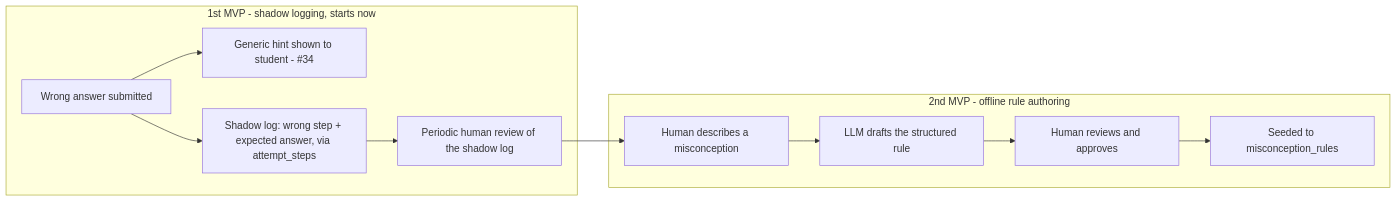
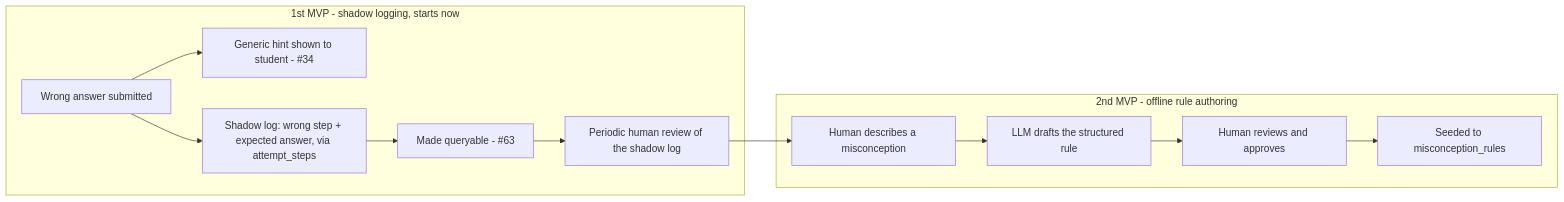
One commit to Alan-aiaction/math-tutor-mvp changed the third of 3 diagrams in docs/architecture/proposal_misconception_rule_format.md. Above: the diagram before and after it, drawn with Mermaid. The commit also changed other lines of this file and 1 other file, not shown here.

First line of the commit message:
Cross-reference new ticket #63 for shadow-log queryability

````diff
--- a/docs/architecture/proposal_misconception_rule_format.md
+++ b/docs/architecture/proposal_misconception_rule_format.md
@@ -82,14 +82,15 @@
 ```mermaid
 flowchart LR
     subgraph Authoring["2nd MVP - offline rule authoring"]
     A1[Human describes a misconception] --> A2[LLM drafts the structured rule]
     A2 --> A3[Human reviews and approves]
     A3 --> A4[Seeded to misconception_rules]
     end
     subgraph ShadowLog["1st MVP - shadow logging, starts now"]
     B1[Wrong answer submitted] --> B2[Generic hint shown to student - #34]
     B1 --> B3[Shadow log: wrong step + expected answer, via attempt_steps]
-    B3 --> B4[Periodic human review of the shadow log]
-    B4 --> A1
+    B3 --> B4[Made queryable - #63]
+    B4 --> B5[Periodic human review of the shadow log]
+    B5 --> A1
     end
 ```
````
